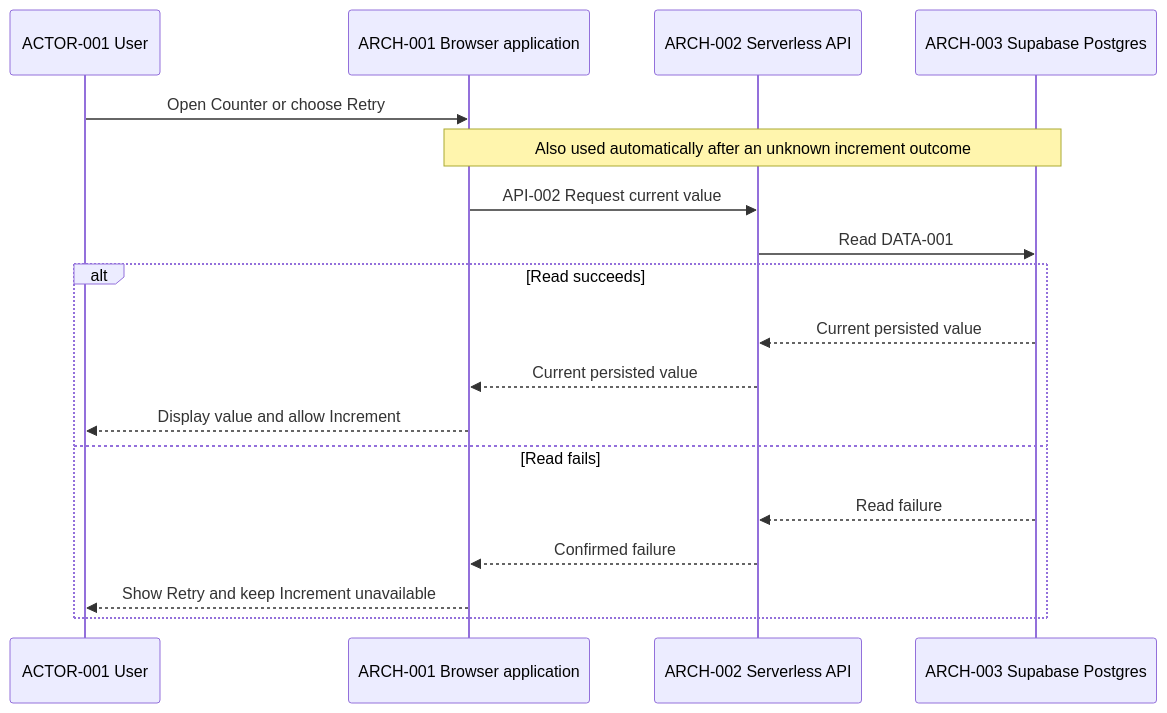
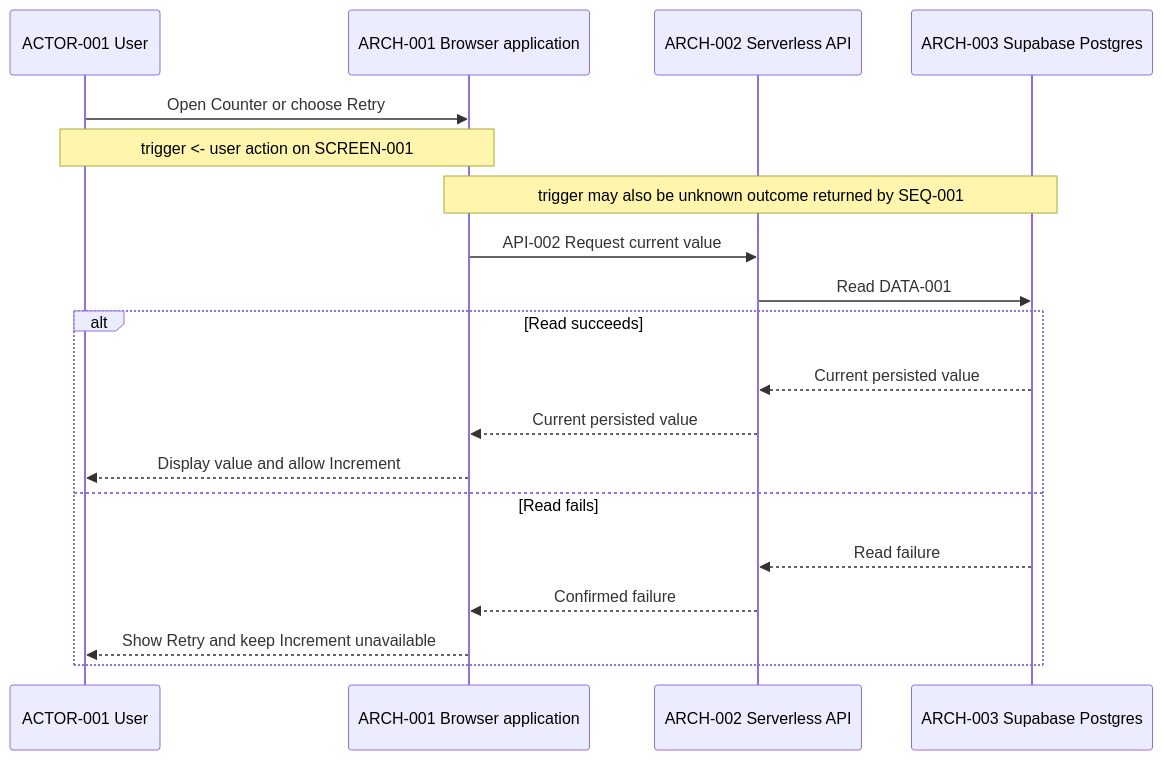
The second of 2 diagrams in skills/product-intent-manager/assets/example-product-intent-package/sequences/sequences.md (swabbie-dev/product-intent-package), drawn with Mermaid before and after one commit. The commit also changed other lines of this file and 20 other files, not shown here.

````diff
--- a/skills/product-intent-manager/assets/example-product-intent-package/sequences/sequences.md
+++ b/skills/product-intent-manager/assets/example-product-intent-package/sequences/sequences.md
@@ -38,21 +54,22 @@
 ```mermaid
 sequenceDiagram
   participant U as ACTOR-001 User
   participant B as ARCH-001 Browser application
   participant S as ARCH-002 Serverless API
   participant D as ARCH-003 Supabase Postgres
 
   U->>B: Open Counter or choose Retry
-  Note over B,D: Also used automatically after an unknown increment outcome
+  Note over U,B: trigger <- user action on SCREEN-001
+  Note over B,D: trigger may also be unknown outcome returned by SEQ-001
   B->>S: API-002 Request current value
   S->>D: Read DATA-001
   alt Read succeeds
     D-->>S: Current persisted value
     S-->>B: Current persisted value
     B-->>U: Display value and allow Increment
   else Read fails
     D-->>S: Read failure
     S-->>B: Confirmed failure
     B-->>U: Show Retry and keep Increment unavailable
   end
 ```
````
